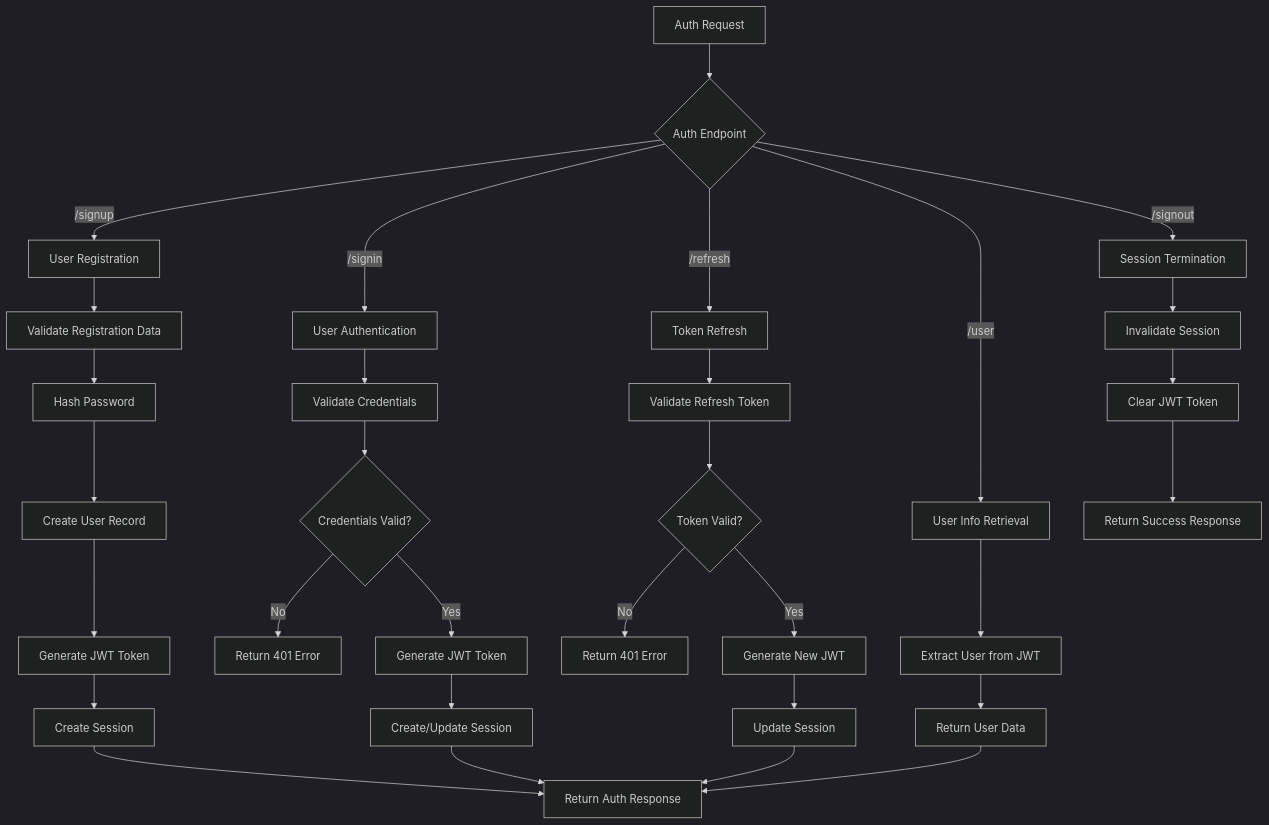
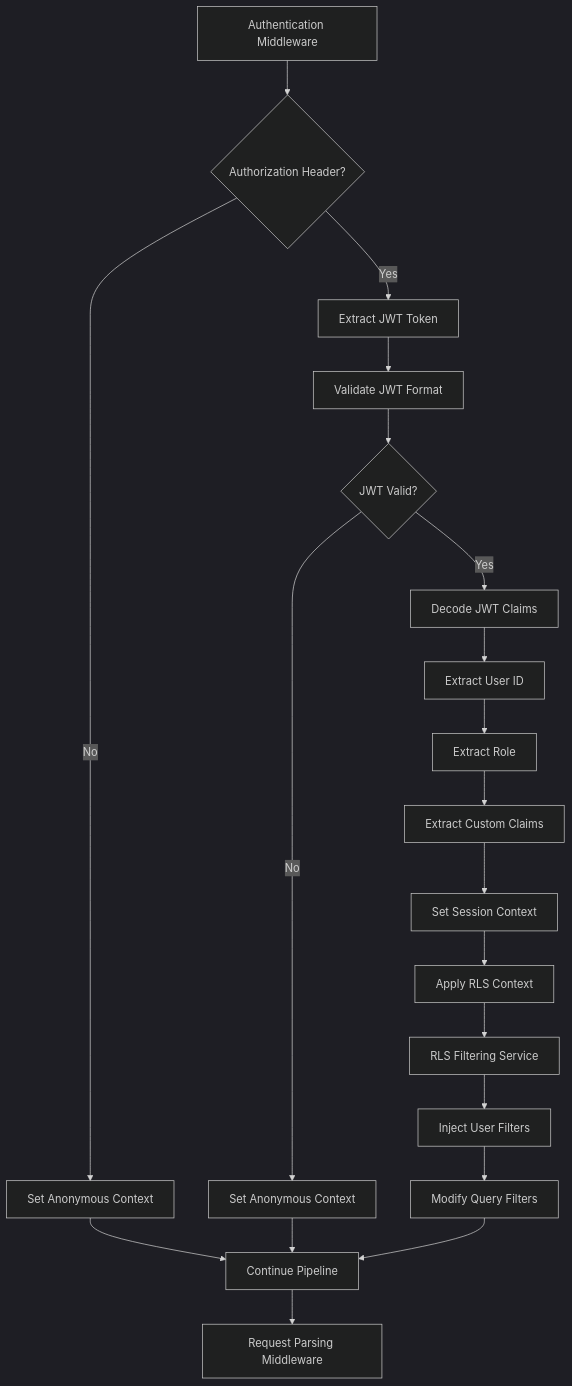
One commit to burggraf/supabase-lite changed the sixth of 9 diagrams in docs/api/architecture/request-flow.md. Above: the diagram before and after it, drawn with Mermaid (dark theme). The commit also changed other lines of this file and 14 other files, not shown here.

First line of the commit message:
docs: Complete /docs/api rewrite for unified kernel architecture

````diff
--- a/docs/api/architecture/request-flow.md
+++ b/docs/api/architecture/request-flow.md
@@ -169,40 +237,28 @@
 ```mermaid
 flowchart TD
-    A[Auth Request] --> B{Auth Endpoint}
-    
-    B -->|/signup| C[User Registration]
-    B -->|/signin| D[User Authentication]
-    B -->|/signout| E[Session Termination]
-    B -->|/refresh| F[Token Refresh]
-    B -->|/user| G[User Info Retrieval]
-    
-    C --> H[Validate Registration Data]
-    H --> I[Hash Password]
-    I --> J[Create User Record]
-    J --> K[Generate JWT Token]
-    K --> L[Create Session]
-    
-    D --> M[Validate Credentials]
-    M --> N{Credentials Valid?}
-    N -->|No| O[Return 401 Error]
-    N -->|Yes| P[Generate JWT Token]
-    P --> Q[Create/Update Session]
-    
-    E --> R[Invalidate Session]
-    R --> S[Clear JWT Token]
-    
-    F --> T[Validate Refresh Token]
-    T --> U{Token Valid?}
-    U -->|No| V[Return 401 Error]
-    U -->|Yes| W[Generate New JWT]
-    W --> X[Update Session]
-    
-    G --> Y[Extract User from JWT]
-    Y --> Z[Return User Data]
-    
-    L --> AA[Return Auth Response]
-    Q --> AA
-    S --> BB[Return Success Response]
-    X --> AA
-    Z --> AA
+    A[Authentication Middleware] --> B{Authorization Header?}
+
+    B -->|No| C[Set Anonymous Context]
+    B -->|Yes| D[Extract JWT Token]
+
+    D --> E[Validate JWT Format]
+    E --> F{JWT Valid?}
+    F -->|No| G[Set Anonymous Context]
+    F -->|Yes| H[Decode JWT Claims]
+
+    H --> I[Extract User ID]
+    I --> J[Extract Role]
+    J --> K[Extract Custom Claims]
+    K --> L[Set Session Context]
+
+    C --> M[Continue Pipeline]
+    G --> M
+    L --> N[Apply RLS Context]
+
+    N --> O[RLS Filtering Service]
+    O --> P[Inject User Filters]
+    P --> Q[Modify Query Filters]
+    Q --> M
+
+    M --> R[Request Parsing Middleware]
 ```
````
